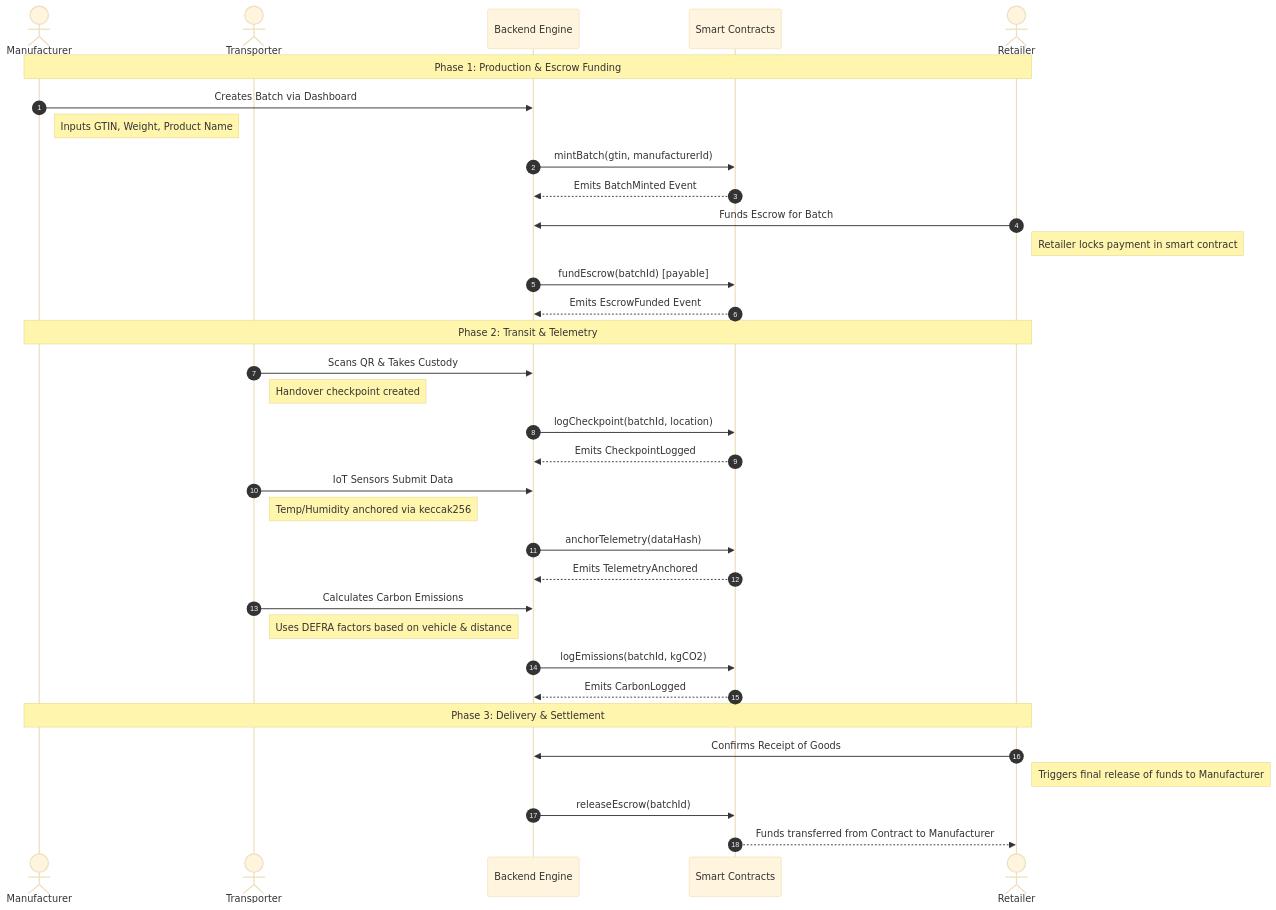
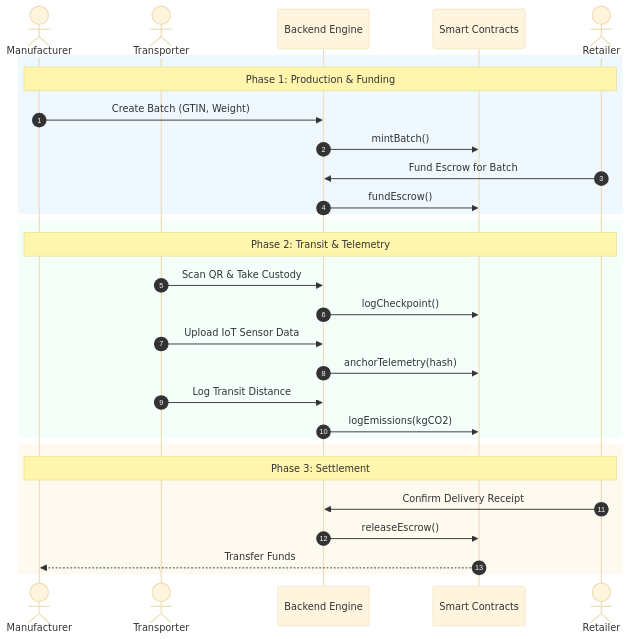
Before and after one commit to mohitdeshmukhdev/MST-SupplyChain: the second of 3 diagrams in README.md, drawn with Mermaid (base theme). The commit also changed other lines of this file, not shown here.

Commit message:
Fix diagram formatting

````diff
--- a/README.md
+++ b/README.md
@@ -84,42 +65,34 @@
 ```mermaid
 sequenceDiagram
     autonumber
-    actor M as Manufacturer
-    actor T as Transporter
-    participant B as Backend Engine
-    participant C as Smart Contracts
-    actor R as Retailer
+    actor Manufacturer
+    actor Transporter
+    participant Backend as Backend Engine
+    participant Contracts as Smart Contracts
+    actor Retailer
 
-    Note over M,R: Phase 1: Production & Escrow Funding
-    M->>B: Creates Batch via Dashboard
-    Note right of M: Inputs GTIN, Weight, Product Name
-    B->>C: mintBatch(gtin, manufacturerId)
-    C-->>B: Emits BatchMinted Event
-    
-    R->>B: Funds Escrow for Batch
-    Note right of R: Retailer locks payment in smart contract
-    B->>C: fundEscrow(batchId) [payable]
-    C-->>B: Emits EscrowFunded Event
-    
-    Note over M,R: Phase 2: Transit & Telemetry
-    T->>B: Scans QR & Takes Custody
-    Note right of T: Handover checkpoint created
-    B->>C: logCheckpoint(batchId, location)
-    C-->>B: Emits CheckpointLogged
-    
-    T->>B: IoT Sensors Submit Data
-    Note right of T: Temp/Humidity anchored via keccak256
-    B->>C: anchorTelemetry(dataHash)
-    C-->>B: Emits TelemetryAnchored
-    
-    T->>B: Calculates Carbon Emissions
-    Note right of T: Uses DEFRA factors based on vehicle & distance
-    B->>C: logEmissions(batchId, kgCO2)
-    C-->>B: Emits CarbonLogged
-    
-    Note over M,R: Phase 3: Delivery & Settlement
-    R->>B: Confirms Receipt of Goods
-    Note right of R: Triggers final release of funds to Manufacturer
-    B->>C: releaseEscrow(batchId)
-    C-->>R: Funds transferred from Contract to Manufacturer
+    rect rgb(240, 248, 255)
+    Note over Manufacturer, Retailer: Phase 1: Production & Funding
+    Manufacturer->>Backend: Create Batch (GTIN, Weight)
+    Backend->>Contracts: mintBatch()
+    Retailer->>Backend: Fund Escrow for Batch
+    Backend->>Contracts: fundEscrow()
+    end
+
+    rect rgb(245, 255, 250)
+    Note over Manufacturer, Retailer: Phase 2: Transit & Telemetry
+    Transporter->>Backend: Scan QR & Take Custody
+    Backend->>Contracts: logCheckpoint()
+    Transporter->>Backend: Upload IoT Sensor Data
+    Backend->>Contracts: anchorTelemetry(hash)
+    Transporter->>Backend: Log Transit Distance
+    Backend->>Contracts: logEmissions(kgCO2)
+    end
+
+    rect rgb(255, 250, 240)
+    Note over Manufacturer, Retailer: Phase 3: Settlement
+    Retailer->>Backend: Confirm Delivery Receipt
+    Backend->>Contracts: releaseEscrow()
+    Contracts-->>Manufacturer: Transfer Funds
+    end
 ```
````
